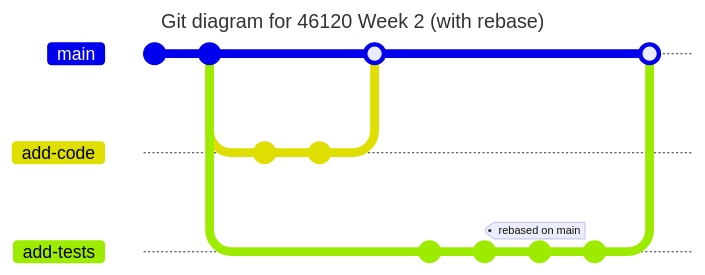
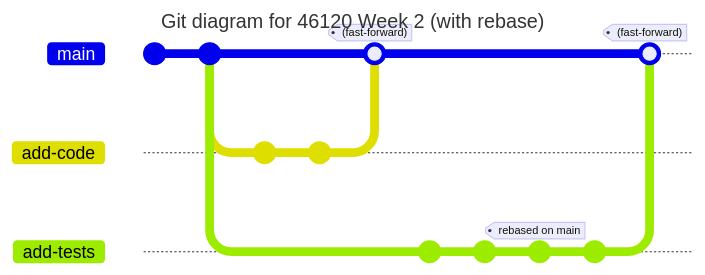
The second of 2 diagrams in week02_functions_tests/README.md (DTUWind-46120-2026/46120-PiWE), drawn with Mermaid before and after one commit. The commit also changed other lines of this file, not shown here. Commit ids are hidden.

Commit message:
add note about FF

````diff
--- a/week02_functions_tests/README.md
+++ b/week02_functions_tests/README.md
@@ -229,23 +229,23 @@
 ```mermaid
 ---
 title: Git diagram for 46120 Week 2 (with rebase)
 ---
 gitGraph
     commit
     commit
     branch add-code
     branch add-tests
     checkout add-code
     commit
     commit
     checkout main
-    merge add-code
+    merge add-code tag:"(fast-forward)"
     checkout add-tests
     commit
     commit
     checkout add-tests
     commit id:"rebased-1" tag:"rebased on main"
     commit id:"rebased-2"
     checkout main
-    merge add-tests
+    merge add-tests tag:"(fast-forward)"
 ```
````
